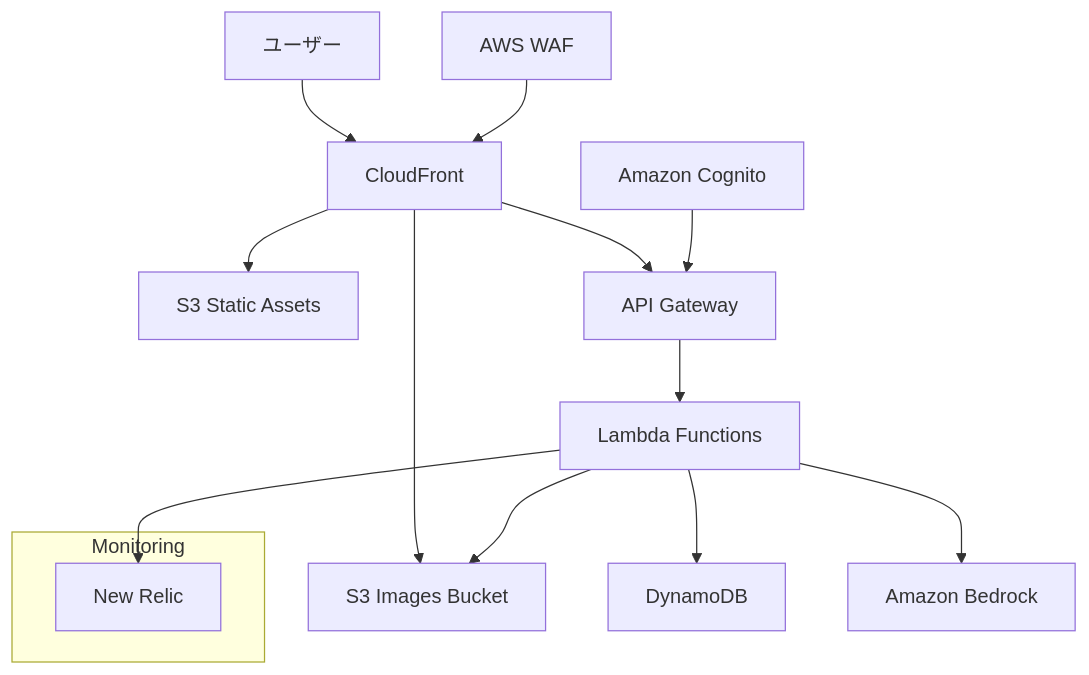
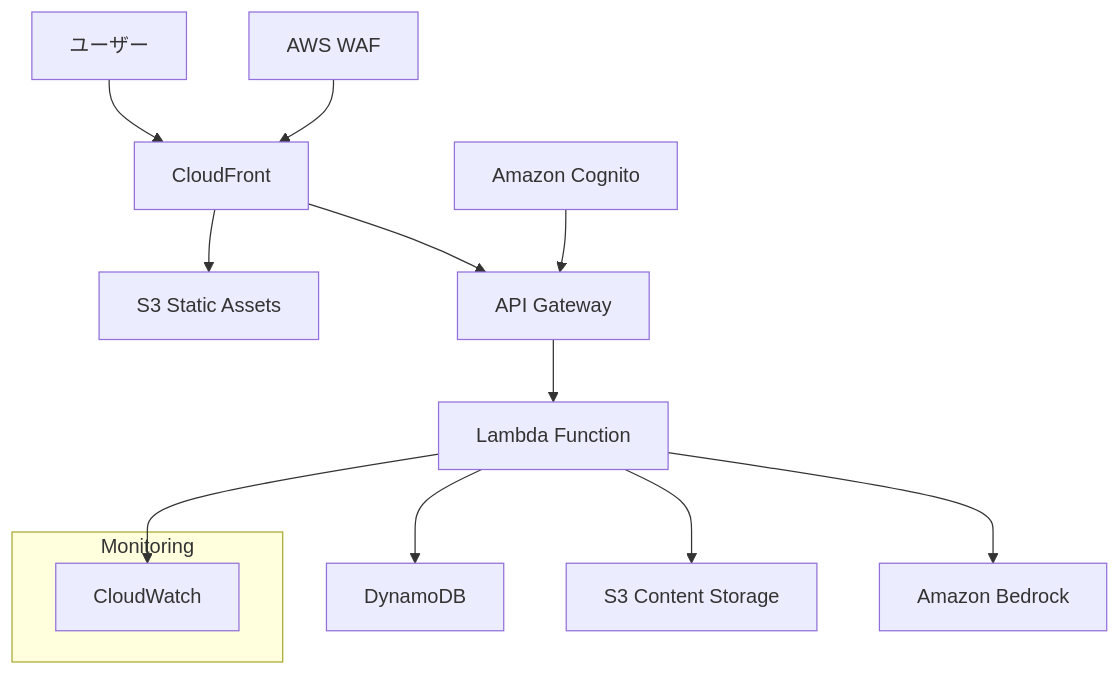
Before and after one commit to sodafloatlab/homebiyori: the diagram in .kiro/specs/homebi-yori/design.md, drawn with Mermaid. The commit also changed other lines of this file and 1 other file, not shown here.

````diff
--- a/.kiro/specs/homebi-yori/design.md
+++ b/.kiro/specs/homebi-yori/design.md
@@ -11,21 +11,21 @@
 ```mermaid
 graph TB
     User[ユーザー] --> CF[CloudFront]
     CF --> S3Static[S3 Static Assets]
     CF --> APIGW[API Gateway]
-    CF --> S3Images[S3 Images Bucket]
     
     WAF[AWS WAF] --> CF
     
     Cognito[Amazon Cognito] --> APIGW
-    APIGW --> Lambda[Lambda Functions]
+    APIGW --> Lambda[Lambda Function]
     
     Lambda --> DynamoDB[DynamoDB]
-    Lambda --> S3Images
+    Lambda --> S3Content[S3 Content Storage]
     Lambda --> Bedrock[Amazon Bedrock]
-    Lambda --> NewRelic[New Relic]
     
     subgraph "Monitoring"
-        NewRelic
+        CloudWatch[CloudWatch]
     end
+    
+    Lambda --> CloudWatch
 ```
````
